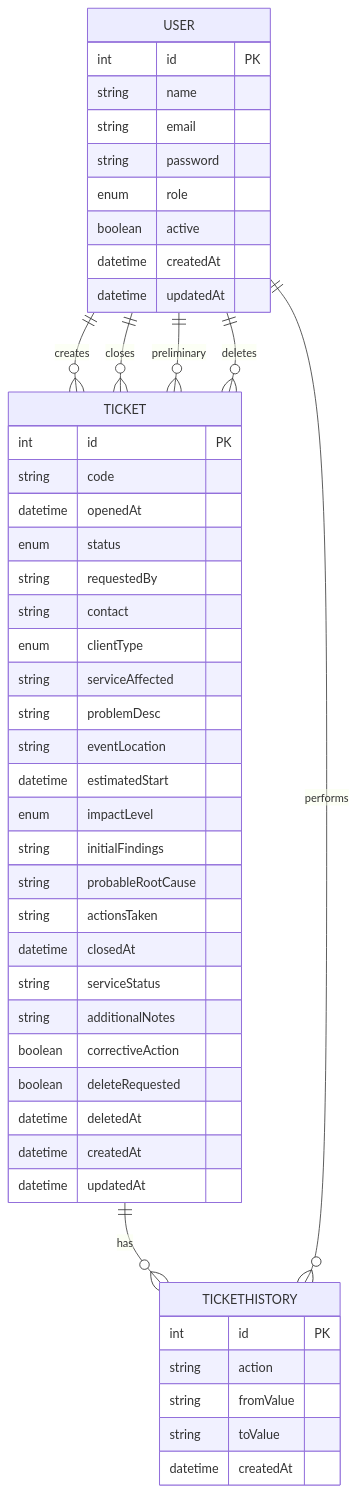
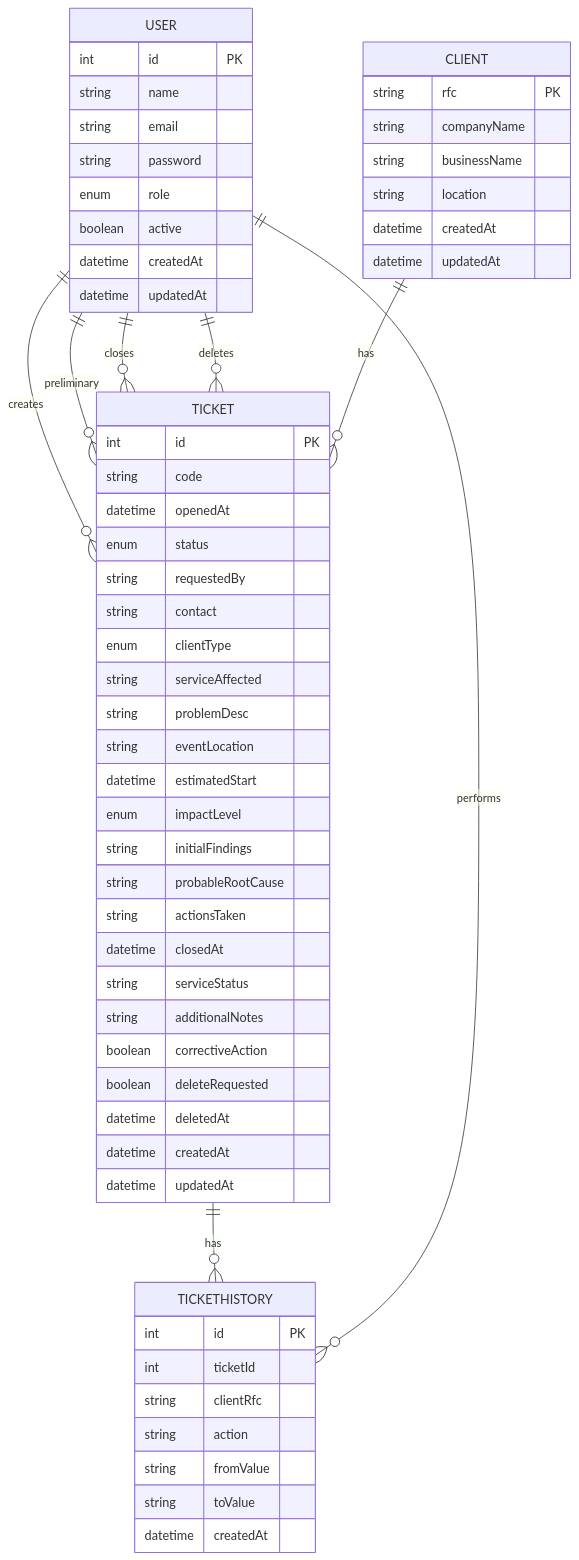
Before and after one commit to CarlosAM03/Gestor-De-Tickets-Datra: the diagram in README.md, drawn with Mermaid. The commit also changed other lines of this file and 5 other files, not shown here.

````diff
--- a/README.md
+++ b/README.md
@@ -593,55 +528,73 @@
 ```mermaid
 erDiagram
     USER {
         int id PK
         string name
         string email
         string password
         enum role
         boolean active
         datetime createdAt
         datetime updatedAt
     }
 
+    CLIENT {
+        string rfc PK
+        string companyName
+        string businessName
+        string location
+        datetime createdAt
+        datetime updatedAt
+    }
+
     TICKET {
         int id PK
         string code
         datetime openedAt
         enum status
         string requestedBy
         string contact
         enum clientType
+
         string serviceAffected
         string problemDesc
         string eventLocation
         datetime estimatedStart
         enum impactLevel
+
         string initialFindings
         string probableRootCause
+
         string actionsTaken
         datetime closedAt
         string serviceStatus
         string additionalNotes
         boolean correctiveAction
+
         boolean deleteRequested
         datetime deletedAt
+
         datetime createdAt
         datetime updatedAt
     }
 
     TICKETHISTORY {
         int id PK
+        int ticketId
+        string clientRfc
         string action
         string fromValue
         string toValue
         datetime createdAt
     }
 
     USER ||--o{ TICKET : creates
+    USER ||--o{ TICKET : preliminary
     USER ||--o{ TICKET : closes
-    USER ||--o{ TICKET : preliminary
     USER ||--o{ TICKET : deletes
+
+    CLIENT ||--o{ TICKET : has
 
     TICKET ||--o{ TICKETHISTORY : has
     USER ||--o{ TICKETHISTORY : performs
 ```
````
